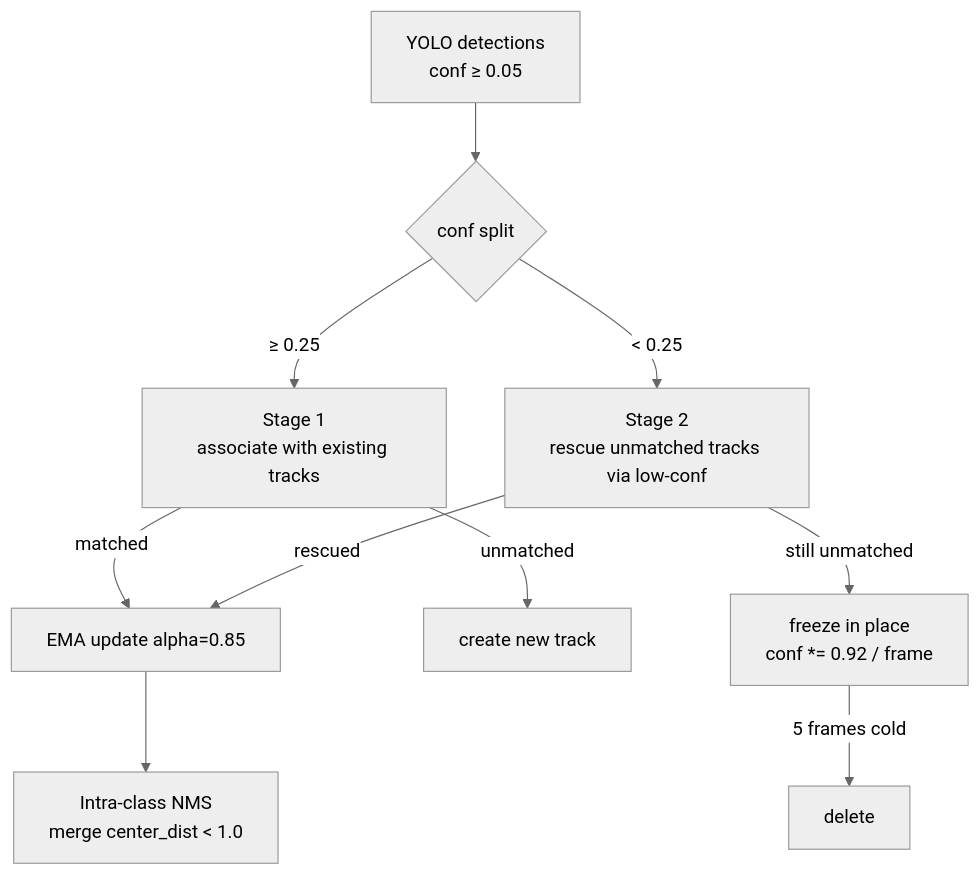
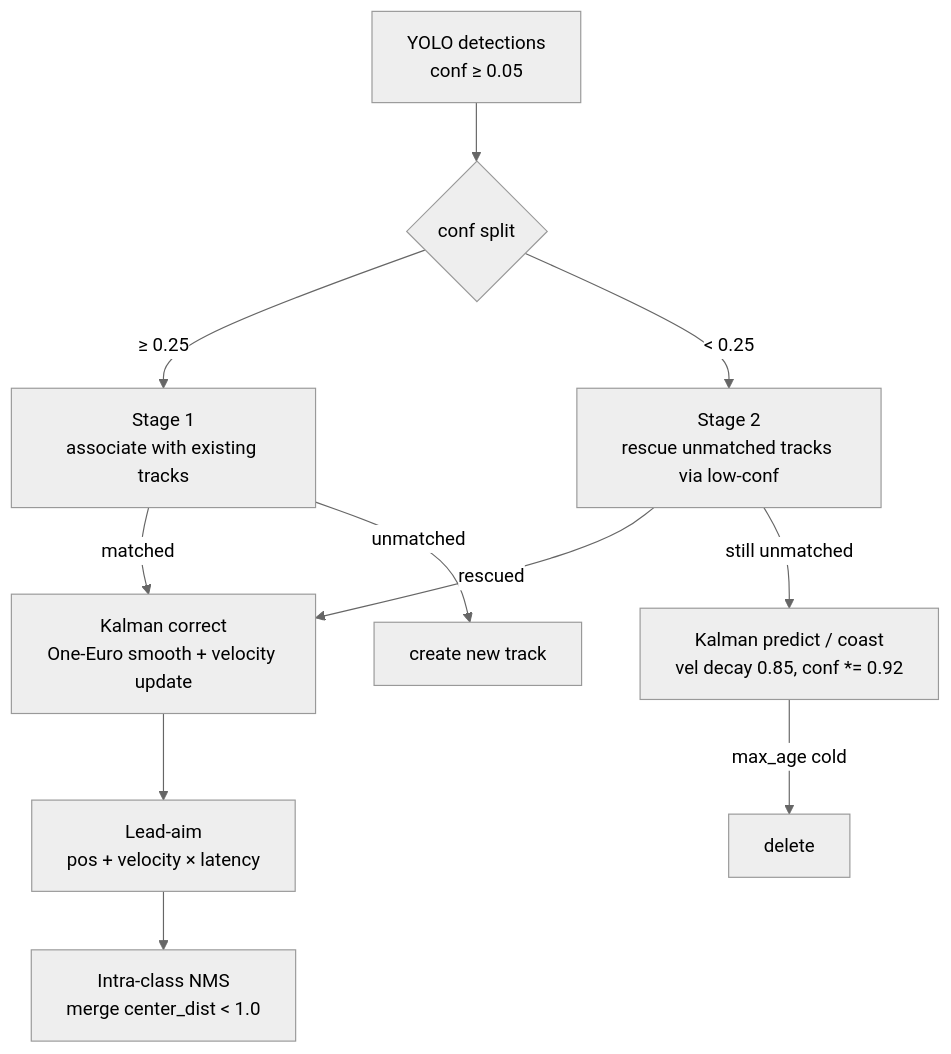
One commit to C0k11/blue-archive-assistant changed the fourth of 5 diagrams in README.md. Above: the diagram before and after it, drawn with Mermaid (neutral theme). The commit also changed other lines of this file and 3 other files, not shown here.

First line of the commit message:
feat(battle): Kalman predict-correct lock tracker (lead-aim + One-Euro)

````diff
--- a/README.md
+++ b/README.md
@@ -260,12 +265,13 @@
 ```mermaid
 flowchart TD
     Y[YOLO detections<br/>conf ≥ 0.05] --> S{conf split}
     S -->|≥ 0.25| H[Stage 1<br/>associate with existing tracks]
     S -->|< 0.25| L[Stage 2<br/>rescue unmatched tracks via low-conf]
-    H -->|matched| EMA[EMA update alpha=0.85]
+    H -->|matched| K[Kalman correct<br/>One-Euro smooth + velocity update]
     H -->|unmatched| NEW[create new track]
-    L -->|rescued| EMA
-    L -->|still unmatched| FREEZE[freeze in place<br/>conf *= 0.92 / frame]
-    FREEZE -->|5 frames cold| KILL[delete]
-    EMA --> NMS[Intra-class NMS<br/>merge center_dist &lt; 1.0]
+    L -->|rescued| K
+    L -->|still unmatched| COAST[Kalman predict / coast<br/>vel decay 0.85, conf *= 0.92]
+    COAST -->|max_age cold| KILL[delete]
+    K --> LEAD[Lead-aim<br/>pos + velocity × latency]
+    LEAD --> NMS[Intra-class NMS<br/>merge center_dist &lt; 1.0]
 ```
````
